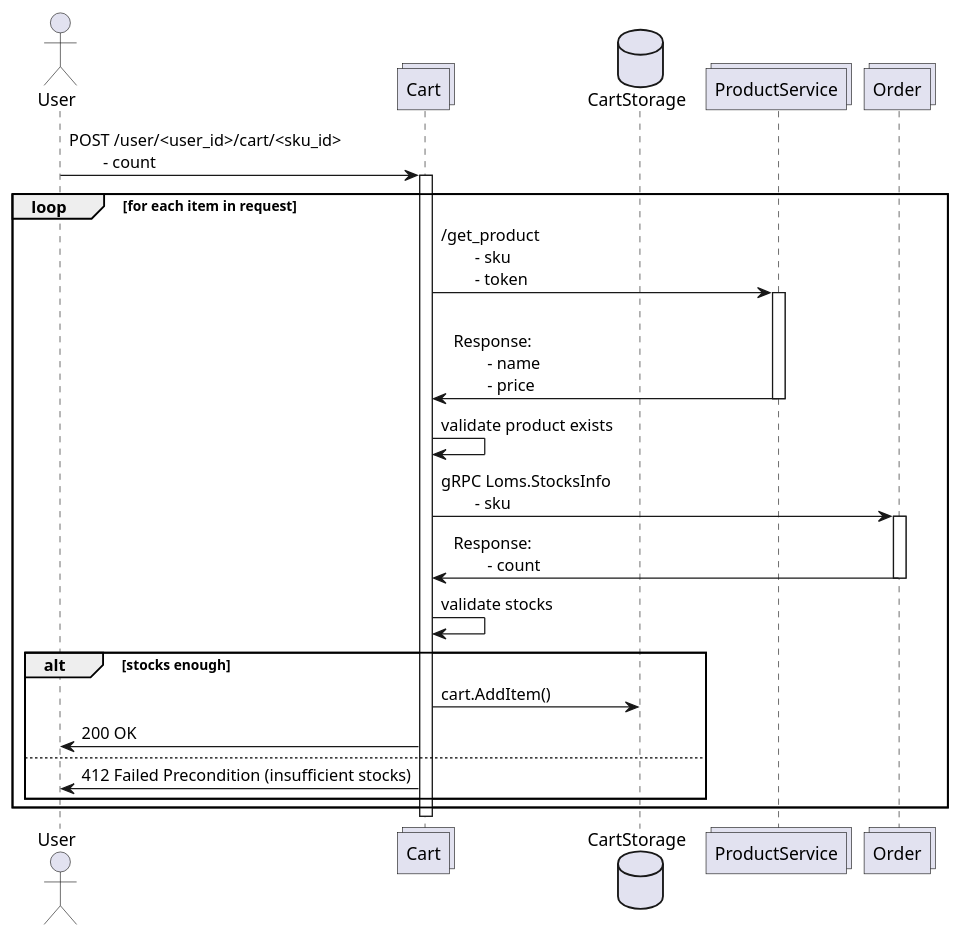
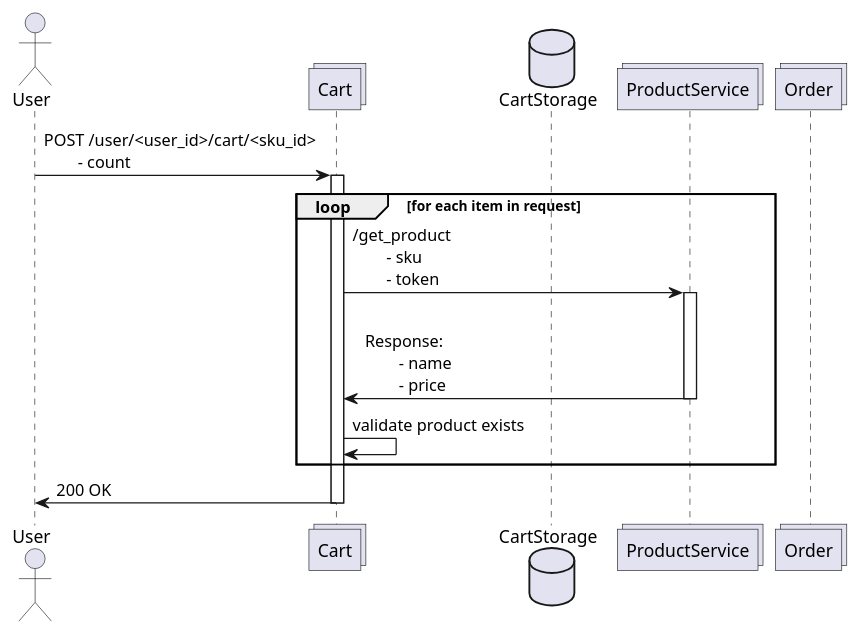
One commit to DimaSidorenko/logistics-platform changed the diagram in docs/homework-3/img/cart-cart-item-add.plantuml. Above: the diagram before and after it, drawn with PlantUML. The commit also changed 2 other files, not shown here.

```diff
--- a/docs/homework-3/img/cart-cart-item-add.plantuml
+++ b/docs/homework-3/img/cart-cart-item-add.plantuml
@@ -1,32 +1,21 @@
 @startuml
 
 actor User as u
 collections Cart as c
 database CartStorage as cs
 collections ProductService as p
 collections Order as o
 
 u -> c : POST /user/<user_id>/cart/<sku_id>\n\t- count
 activate c
 loop for each item in request
   c -> p : /get_product\n\t- sku\n\t- token
   activate p
     p -> c : \nResponse:\n\t- name\n\t- price
   deactivate p
   c -> c : validate product exists
-
-  c -> o : gRPC Loms.StocksInfo\n\t- sku
-  activate o
-    o -> c : Response:\n\t- count
-  deactivate o
-  c -> c : validate stocks
-  alt stocks enough
-    c -> cs : cart.AddItem()
-    c -> u : 200 OK
-  else
-    c -> u : 412 Failed Precondition (insufficient stocks)
-  end
 end
+c -> u : 200 OK
 deactivate c
 
 @enduml
```
